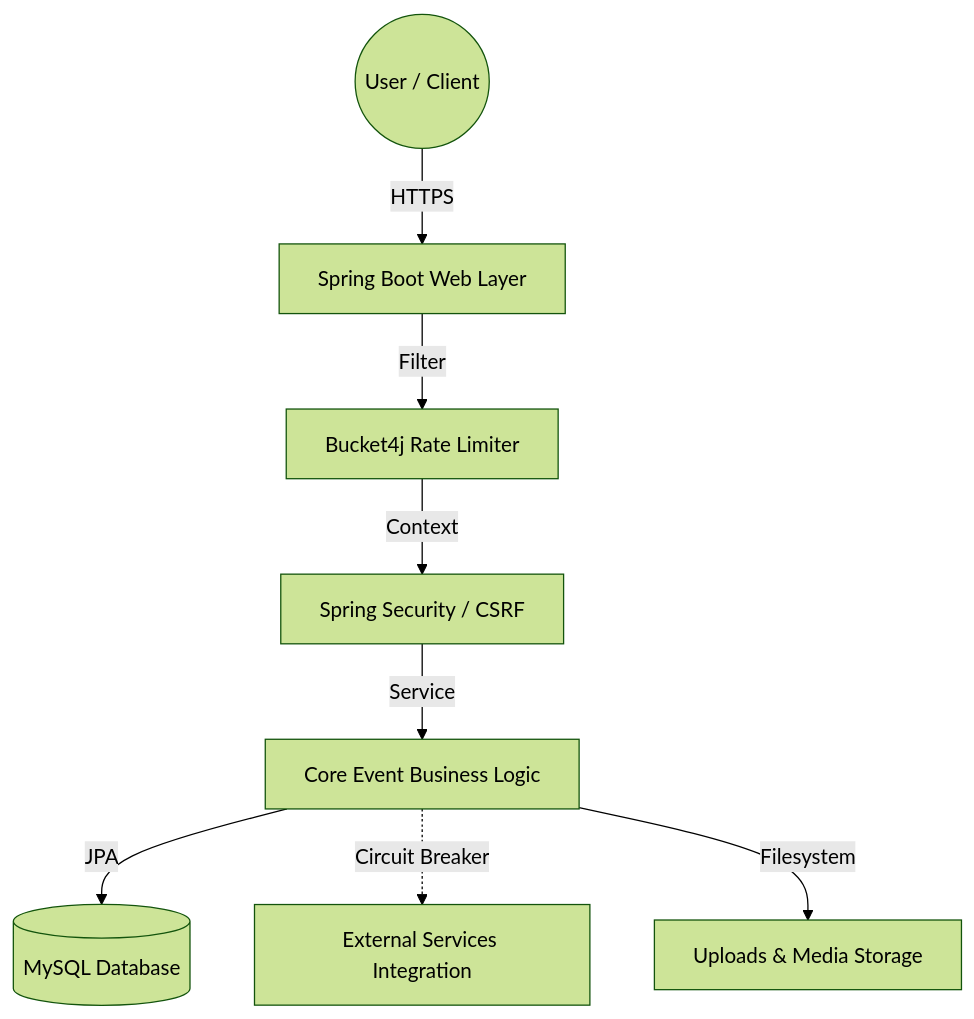
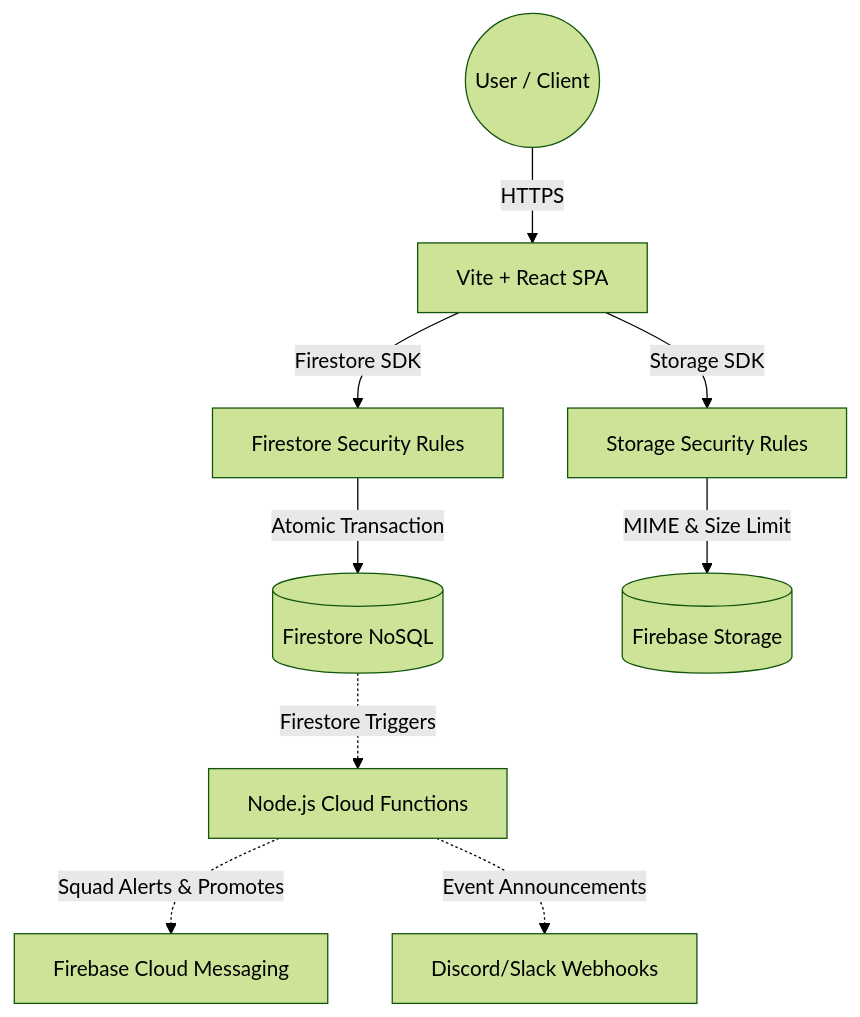
One commit to tejaswin-amara/Campus-Connect-Firebase-Addition changed the diagram in README.md. Above: the diagram before and after it, drawn with Mermaid (forest theme). The commit also changed other lines of this file and 61 other files, not shown here.

````diff
--- a/README.md
+++ b/README.md
@@ -71,10 +71,11 @@
 ```mermaid
 graph TD
-    User((User / Client)) -->|HTTPS| WebLayer[Spring Boot Web Layer]
-    WebLayer -->|Filter| RateLimit[Bucket4j Rate Limiter]
-    RateLimit -->|Context| Security[Spring Security / CSRF]
-    Security -->|Service| CoreLogic[Core Event Business Logic]
-    CoreLogic -->|JPA| DB[(MySQL Database)]
-    CoreLogic -.->|Circuit Breaker| ExtAPI[External Services Integration]
-    CoreLogic -->|Filesystem| Storage[Uploads & Media Storage]
+    User((User / Client)) -->|HTTPS| ReactApp[Vite + React SPA]
+    ReactApp -->|Firestore SDK| FirestoreRules[Firestore Security Rules]
+    ReactApp -->|Storage SDK| StorageRules[Storage Security Rules]
+    FirestoreRules -->|Atomic Transaction| DB[(Firestore NoSQL)]
+    StorageRules -->|MIME & Size Limit| Storage[(Firebase Storage)]
+    DB -.->|Firestore Triggers| CloudFunctions[Node.js Cloud Functions]
+    CloudFunctions -.->|Squad Alerts & Promotes| FCM[Firebase Cloud Messaging]
+    CloudFunctions -.->|Event Announcements| Webhooks[Discord/Slack Webhooks]
 ```
````
